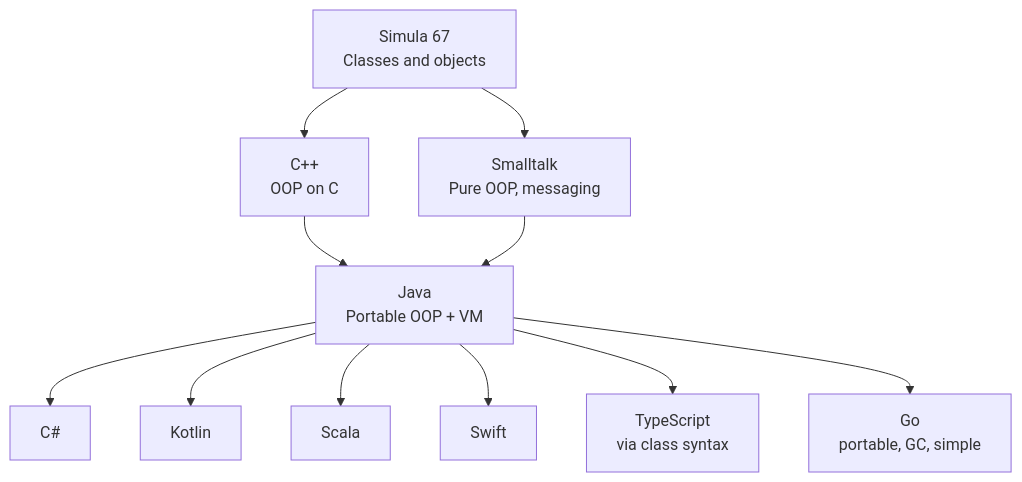
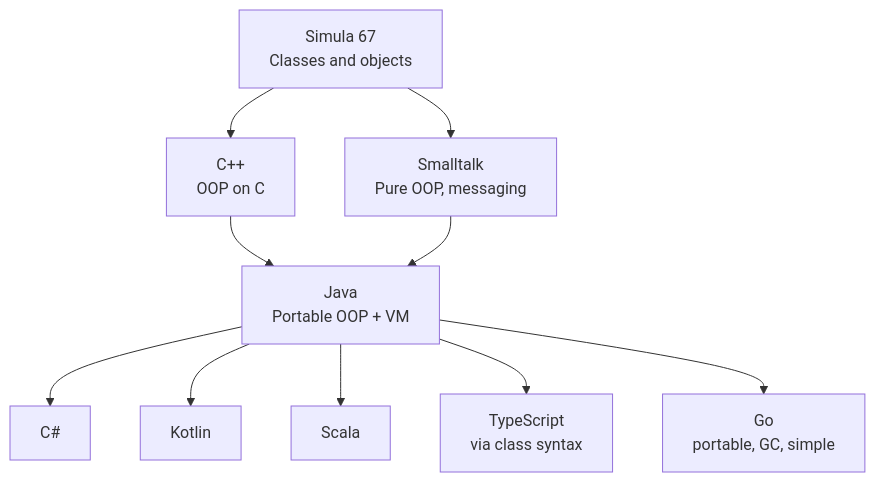
One commit to dataslope/dataslope changed the diagram in content/learn/java-programming-for-beginners/javas-influence.mdx. Above: the diagram before and after it, drawn with Mermaid. The commit also changed other lines of this file and 19 other files, not shown here.

````diff
--- a/content/learn/java-programming-for-beginners/javas-influence.mdx
+++ b/content/learn/java-programming-for-beginners/javas-influence.mdx
@@ -193,13 +197,12 @@
 ```mermaid
 flowchart TB
     SIMULA[Simula 67<br/>Classes and objects] --> SMALLTALK[Smalltalk<br/>Pure OOP, messaging]
     SIMULA --> CPP[C++<br/>OOP on C]
     CPP --> JAVA[Java<br/>Portable OOP + VM]
     SMALLTALK --> JAVA
     JAVA --> CSHARP[C#]
     JAVA --> KOTLIN[Kotlin]
     JAVA --> SCALA[Scala]
-    JAVA --> SWIFT[Swift]
     JAVA --> TYPESCRIPT[TypeScript<br/>via class syntax]
     JAVA --> GO[Go<br/>portable, GC, simple]
 ```
````
